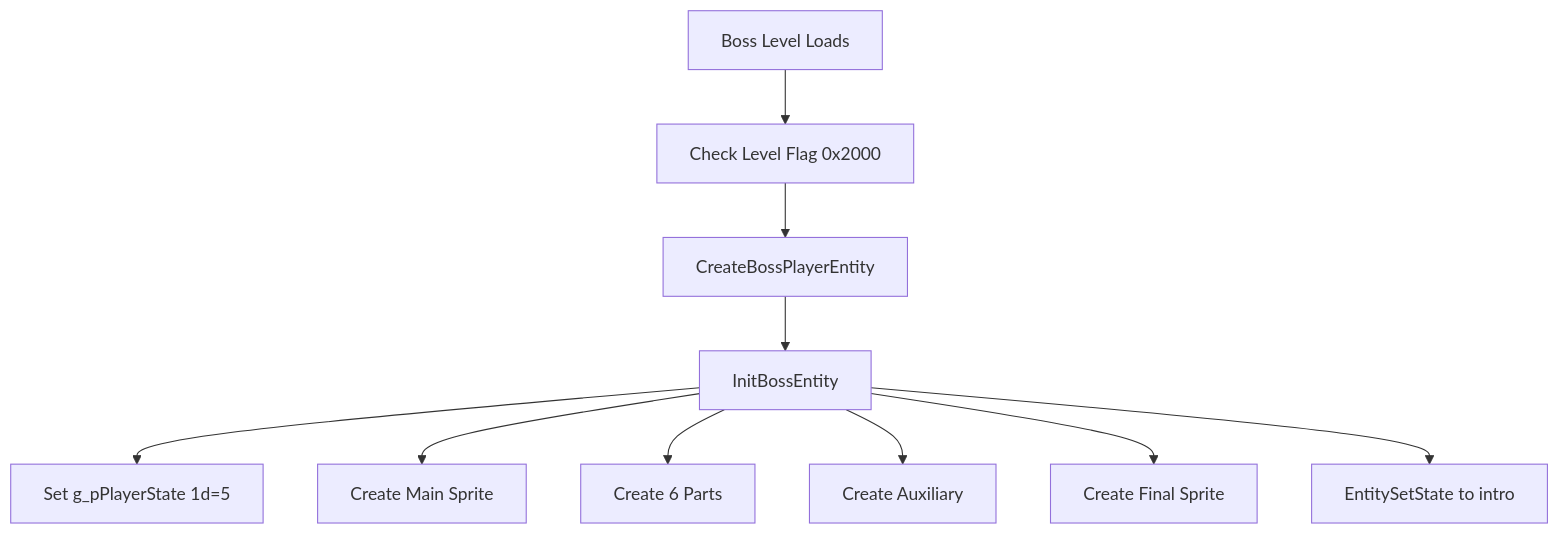
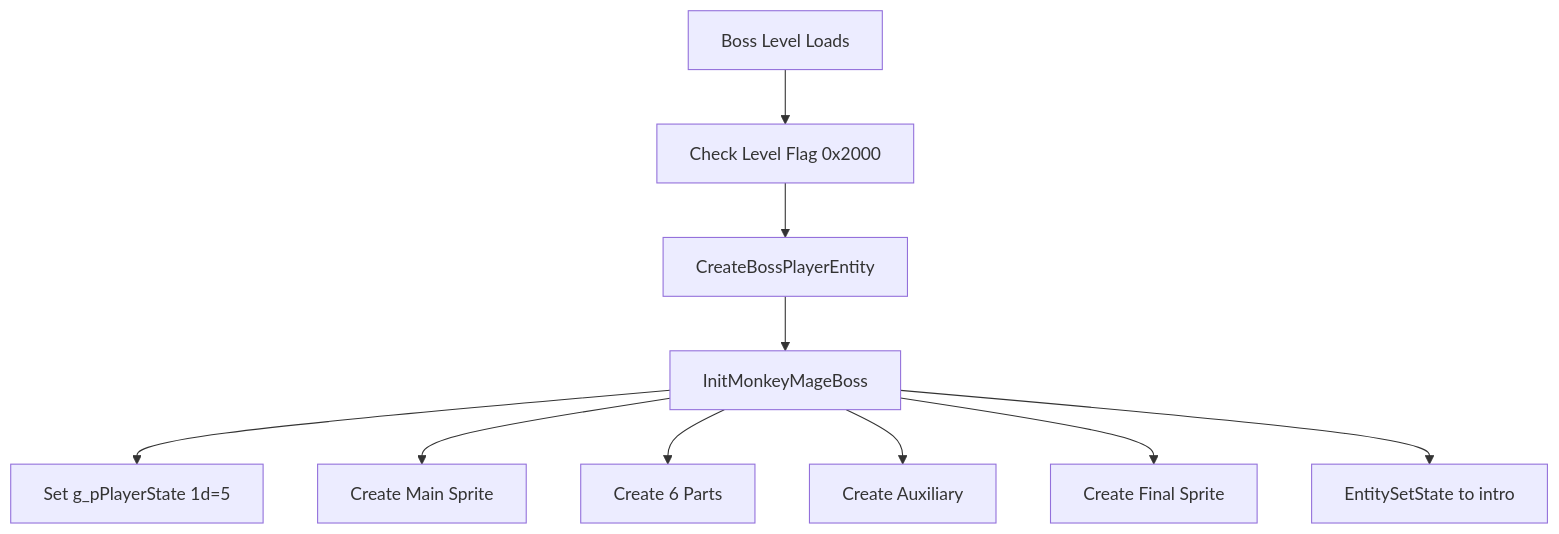
Before and after one commit to alam0rt/breaking-the-mold: the second of 2 diagrams in docs/systems/boss-ai/boss-system-analysis.md, drawn with Mermaid. The commit also changed other lines of this file and 54 other files, not shown here.

````diff
--- a/docs/systems/boss-ai/boss-system-analysis.md
+++ b/docs/systems/boss-ai/boss-system-analysis.md
@@ -302,23 +302,23 @@
 ```mermaid
 graph TD
     Start[Boss Level Loads]
     CheckFlag[Check Level Flag 0x2000]
     CreateBoss[CreateBossPlayerEntity]
-    InitBoss[InitBossEntity]
+    InitBoss[InitMonkeyMageBoss]
     SetHP[Set g_pPlayerState 1d=5]
     CreateMain[Create Main Sprite]
     CreateParts[Create 6 Parts]
     CreateAux[Create Auxiliary]
     CreateFinal[Create Final Sprite]
     StartBehavior[EntitySetState to intro]
     
     Start --> CheckFlag
     CheckFlag --> CreateBoss
     CreateBoss --> InitBoss
     InitBoss --> SetHP
     InitBoss --> CreateMain
     InitBoss --> CreateParts
     InitBoss --> CreateAux
     InitBoss --> CreateFinal
     InitBoss --> StartBehavior
 ```
````
